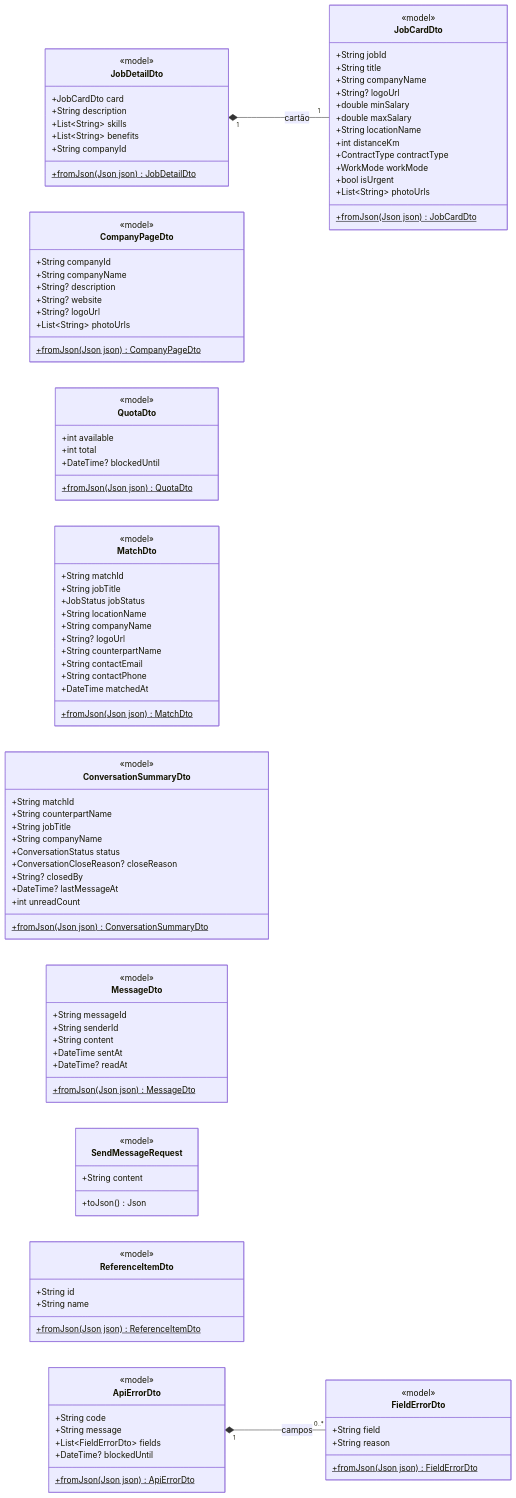
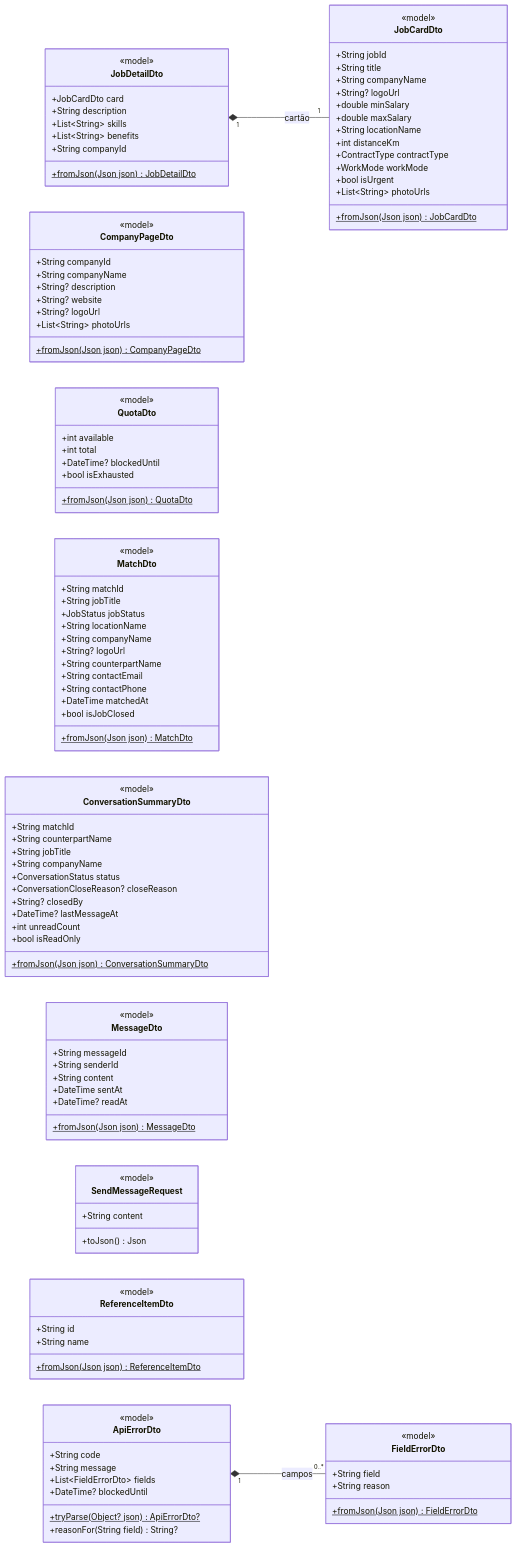
Before and after one commit to katch-lds/katch-docs: the third of 23 diagrams in 04-artefactos-tecnicos/04.07-modelos-de-classes/m4-modelo-classes-frontend-mobile-v03.md, drawn with Mermaid. The commit also changed other lines of this file and 2 other files, not shown here.

```diff
--- a/04-artefactos-tecnicos/04.07-modelos-de-classes/m4-modelo-classes-frontend-mobile-v03.md
+++ b/04-artefactos-tecnicos/04.07-modelos-de-classes/m4-modelo-classes-frontend-mobile-v03.md
@@ -309,6 +310,7 @@
         +int available
         +int total
         +DateTime? blockedUntil
+        +bool isExhausted
         +fromJson(Json json)$ QuotaDto
     }
     class MatchDto {
@@ -323,6 +325,7 @@
         +String contactEmail
         +String contactPhone
         +DateTime matchedAt
+        +bool isJobClosed
         +fromJson(Json json)$ MatchDto
     }
     class ConversationSummaryDto {
@@ -336,6 +339,7 @@
         +String? closedBy
         +DateTime? lastMessageAt
         +int unreadCount
+        +bool isReadOnly
         +fromJson(Json json)$ ConversationSummaryDto
     }
     class MessageDto {
@@ -364,7 +368,8 @@
         +String message
         +List~FieldErrorDto~ fields
         +DateTime? blockedUntil
-        +fromJson(Json json)$ ApiErrorDto
+        +tryParse(Object? json)$ ApiErrorDto?
+        +reasonFor(String field) String?
     }
     class FieldErrorDto {
         <<model>>
```
